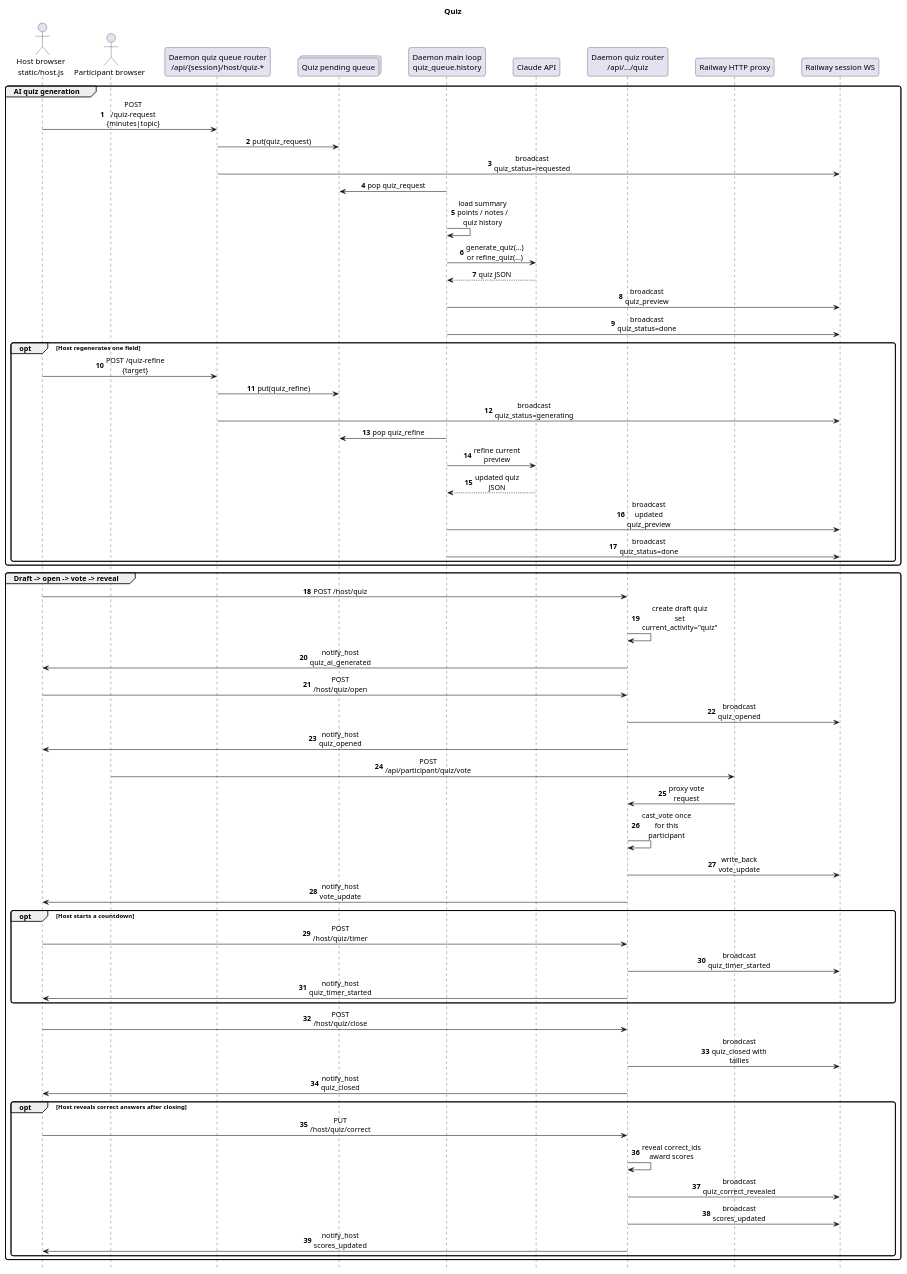
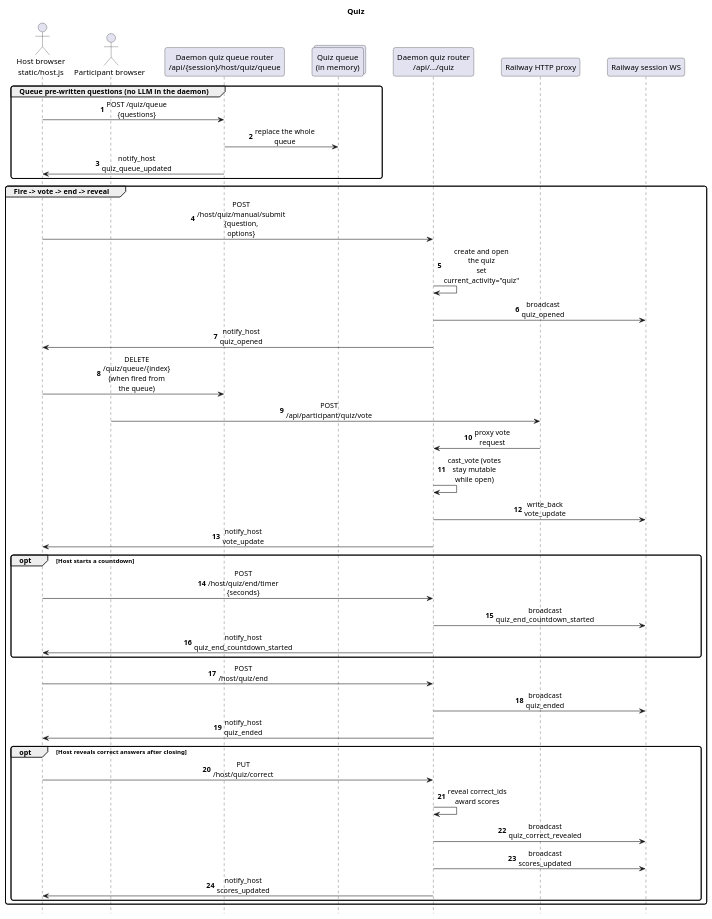
The diagram in projects/training-assistant/docs/sequences/manual/03-quiz.puml (victorrentea/ai-central), drawn with PlantUML before and after one commit. The commit also changed 38 other files, not shown here.

```diff
--- a/projects/training-assistant/docs/sequences/manual/03-quiz.puml
+++ b/projects/training-assistant/docs/sequences/manual/03-quiz.puml
@@ -1,81 +1,59 @@
 @startuml
 title Quiz
 hide footbox
 autonumber
 
 skinparam BackgroundColor transparent
 skinparam SequenceMessageAlign center
 skinparam ParticipantPadding 20
 skinparam BoxPadding 10
 skinparam MaxMessageSize 110
 skinparam WrapWidth 220
 skinparam RoundCorner 8
 
 actor "Host browser\nstatic/host.js" as Host
 actor "Participant browser" as Participant
-participant "Daemon quiz queue router\n/api/{session}/host/quiz-*" as QuizQueueAPI
-collections "Quiz pending queue" as QuizPending
-participant "Daemon main loop\nquiz_queue.history" as Loop
-participant "Claude API" as Claude
+participant "Daemon quiz queue router\n/api/{session}/host/quiz/queue" as QuizQueueAPI
+collections "Quiz queue\n(in memory)" as QuizQueue
 participant "Daemon quiz router\n/api/.../quiz" as QuizAPI
 participant "Railway HTTP proxy" as RailwayHTTP
 participant "Railway session WS" as RailwayWS
 
-group AI quiz generation
-Host -> QuizQueueAPI: POST /quiz-request {minutes|topic}
-QuizQueueAPI -> QuizPending: put(quiz_request)
-QuizQueueAPI -> RailwayWS: broadcast quiz_status=requested
-
-Loop -> QuizPending: pop quiz_request
-Loop -> Loop: load summary points / notes / quiz history
-Loop -> Claude: generate_quiz(...) or refine_quiz(...)
-Claude --> Loop: quiz JSON
-Loop -> RailwayWS: broadcast quiz_preview
-Loop -> RailwayWS: broadcast quiz_status=done
-
-opt Host regenerates one field
-  Host -> QuizQueueAPI: POST /quiz-refine {target}
-  QuizQueueAPI -> QuizPending: put(quiz_refine)
-  QuizQueueAPI -> RailwayWS: broadcast quiz_status=generating
-  Loop -> QuizPending: pop quiz_refine
-  Loop -> Claude: refine current preview
-  Claude --> Loop: updated quiz JSON
-  Loop -> RailwayWS: broadcast updated quiz_preview
-  Loop -> RailwayWS: broadcast quiz_status=done
-end
+group Queue pre-written questions (no LLM in the daemon)
+Host -> QuizQueueAPI: POST /quiz/queue {questions}
+QuizQueueAPI -> QuizQueue: replace the whole queue
+QuizQueueAPI -> Host: notify_host quiz_queue_updated
 end
 
-group Draft -> open -> vote -> reveal
-Host -> QuizAPI: POST /host/quiz
-QuizAPI -> QuizAPI: create draft quiz\nset current_activity="quiz"
-QuizAPI -> Host: notify_host quiz_ai_generated
-
-Host -> QuizAPI: POST /host/quiz/open
+group Fire -> vote -> end -> reveal
+Host -> QuizAPI: POST /host/quiz/manual/submit {question, options}
+QuizAPI -> QuizAPI: create and open the quiz\nset current_activity="quiz"
 QuizAPI -> RailwayWS: broadcast quiz_opened
 QuizAPI -> Host: notify_host quiz_opened
+Host -> QuizQueueAPI: DELETE /quiz/queue/{index}\n(when fired from the queue)
 
 Participant -> RailwayHTTP: POST /api/participant/quiz/vote
 RailwayHTTP -> QuizAPI: proxy vote request
-QuizAPI -> QuizAPI: cast_vote once for this participant
+QuizAPI -> QuizAPI: cast_vote (votes stay mutable while open)
 QuizAPI -> RailwayWS: write_back vote_update
 QuizAPI -> Host: notify_host vote_update
 
 opt Host starts a countdown
-  Host -> QuizAPI: POST /host/quiz/timer
-  QuizAPI -> RailwayWS: broadcast quiz_timer_started
-  QuizAPI -> Host: notify_host quiz_timer_started
+  Host -> QuizAPI: POST /host/quiz/end/timer {seconds}
+  QuizAPI -> RailwayWS: broadcast quiz_end_countdown_started
+  QuizAPI -> Host: notify_host quiz_end_countdown_started
 end
 
-Host -> QuizAPI: POST /host/quiz/close
-QuizAPI -> RailwayWS: broadcast quiz_closed with tallies
-QuizAPI -> Host: notify_host quiz_closed
+Host -> QuizAPI: POST /host/quiz/end
+QuizAPI -> RailwayWS: broadcast quiz_ended
+QuizAPI -> Host: notify_host quiz_ended
 
 opt Host reveals correct answers after closing
   Host -> QuizAPI: PUT /host/quiz/correct
   QuizAPI -> QuizAPI: reveal correct_ids\naward scores
   QuizAPI -> RailwayWS: broadcast quiz_correct_revealed
   QuizAPI -> RailwayWS: broadcast scores_updated
   QuizAPI -> Host: notify_host scores_updated
 end
 end
 @enduml
```
